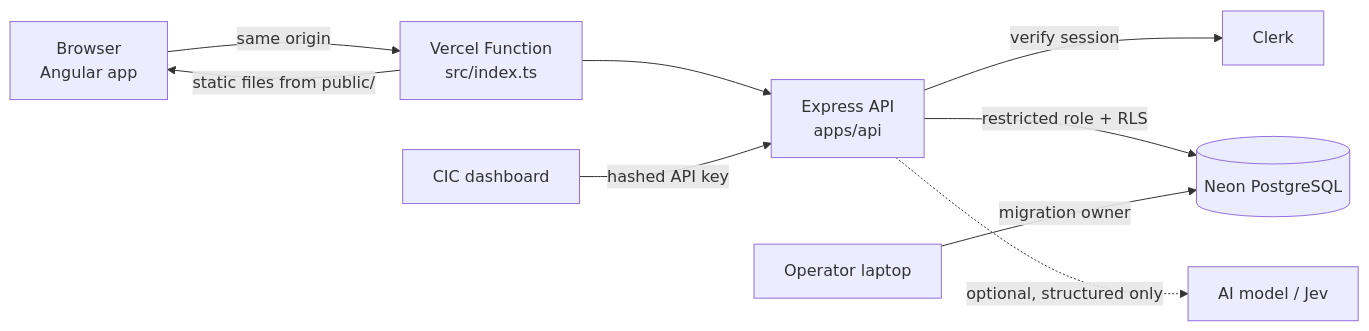
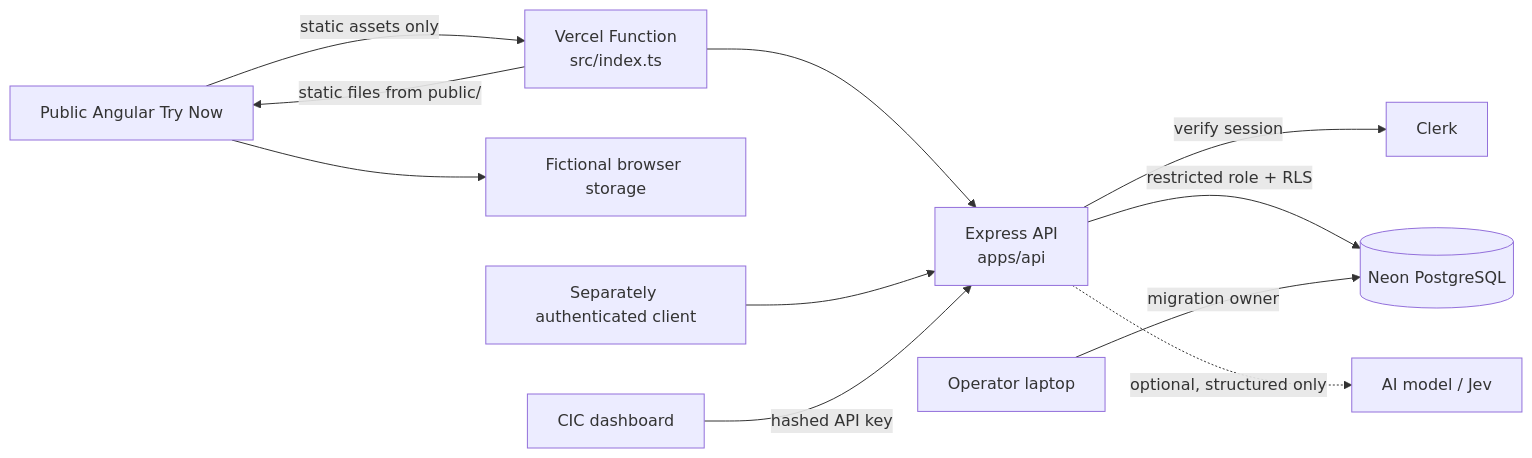
The first of 4 diagrams in docs/ARCHITECTURE.md (2026-Arizona-Opportunity-Hack/avengers-CodinginColor), drawn with Mermaid before and after one commit. The commit also changed other lines of this file, not shown here.

Commit message:
Distinguish public Try Now from retained authenticated services

````diff
--- a/docs/ARCHITECTURE.md
+++ b/docs/ARCHITECTURE.md
@@ -7,11 +7,13 @@
 ```mermaid
 flowchart LR
-  U[Browser<br/>Angular app] -->|same origin| F[Vercel Function<br/>src/index.ts]
+  U[Public Angular Try Now] -->|static assets only| F[Vercel Function<br/>src/index.ts]
+  U --> Local[Fictional browser storage]
   F -->|static files from public/| U
   F --> API[Express API<br/>apps/api]
+  Client[Separately authenticated client] --> API
   API -->|verify session| C[Clerk]
   API -->|restricted role + RLS| DB[(Neon PostgreSQL)]
   API -. optional, structured only .-> AI[AI model / Jev]
   K[CIC dashboard] -->|hashed API key| API
   O[Operator laptop] -->|migration owner| DB
 ```
````
